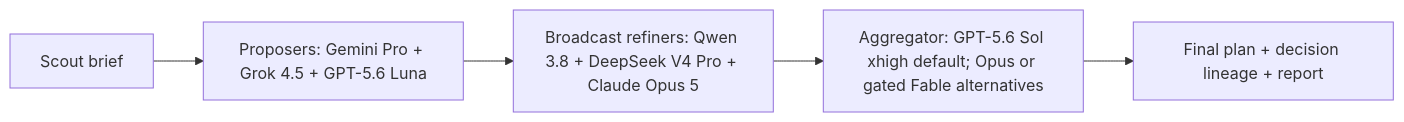
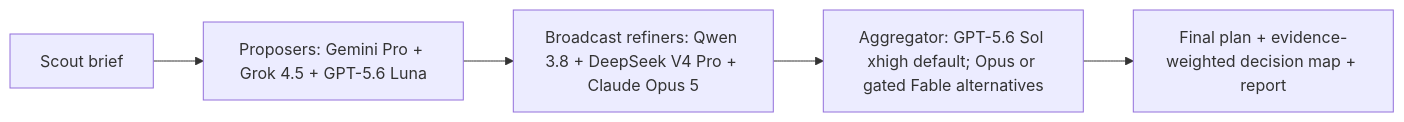
The diagram in docs/architecture.md (drivelineresearch/moa-x), drawn with Mermaid before and after one commit. The commit also changed other lines of this file and 31 other files, not shown here.

Commit message:
feat: add evidence-weighted living decision map

````diff
--- a/docs/architecture.md
+++ b/docs/architecture.md
@@ -7,7 +7,7 @@
 ```mermaid
 flowchart LR
   S["Scout brief"] --> P["Proposers: Gemini Pro + Grok 4.5 + GPT-5.6 Luna"]
   P --> R["Broadcast refiners: Qwen 3.8 + DeepSeek V4 Pro + Claude Opus 5"]
   R --> A["Aggregator: GPT-5.6 Sol xhigh default; Opus or gated Fable alternatives"]
-  A --> O["Final plan + decision lineage + report"]
+  A --> O["Final plan + evidence-weighted decision map + report"]
 ```
````
